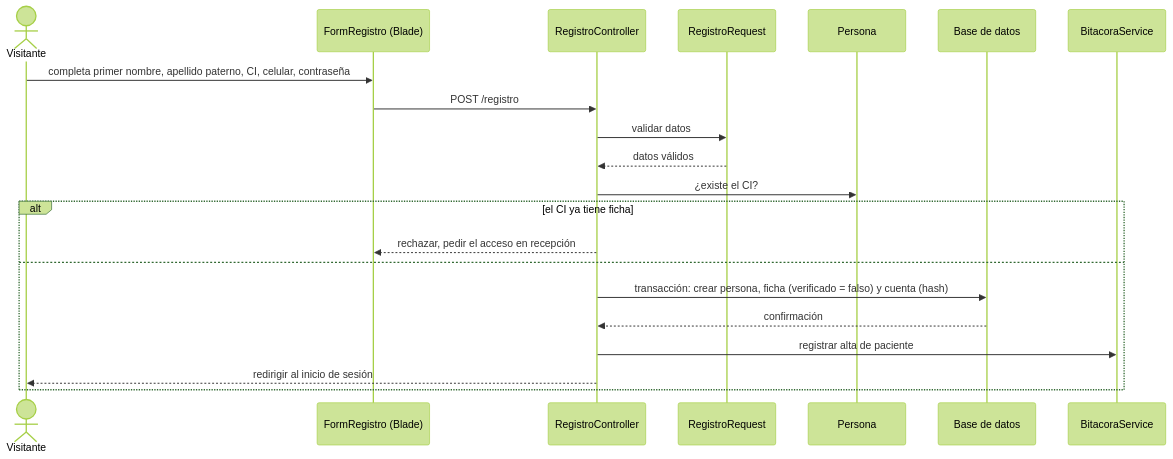
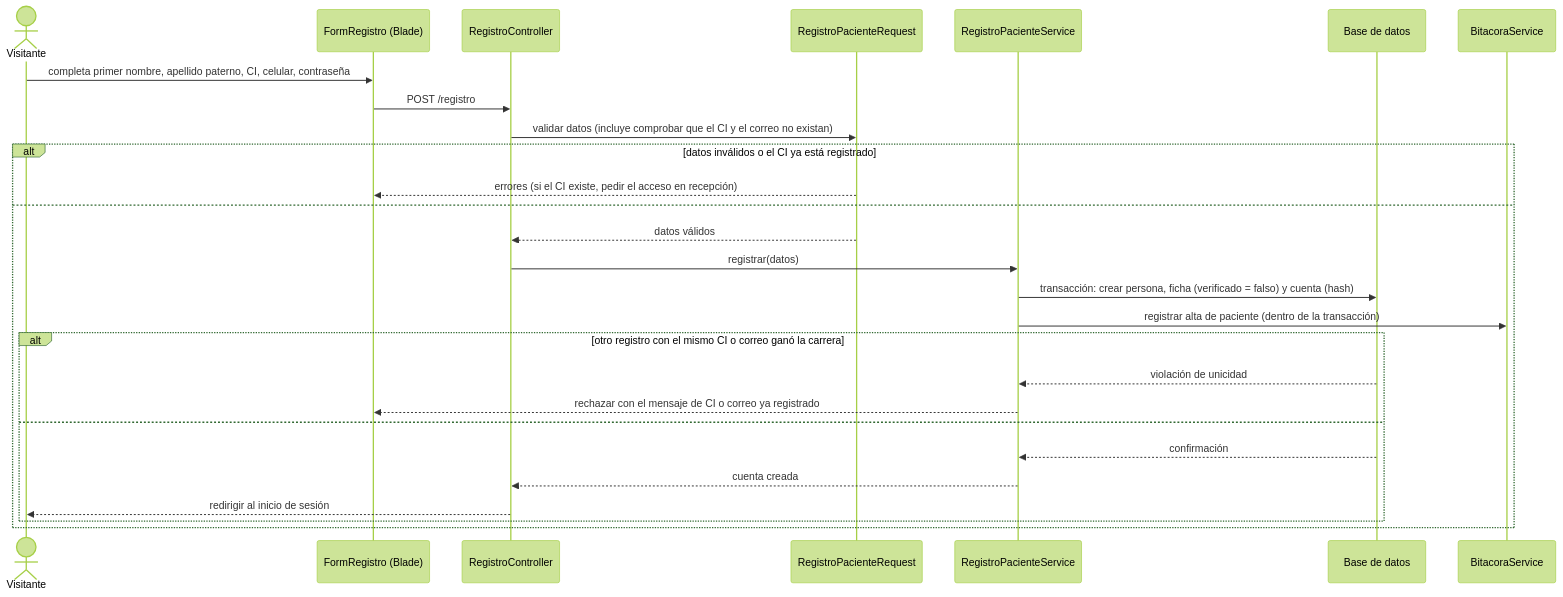
One commit to Einarpd26/2do-examen-ing-requisitos changed diagram 12 of 15 in documento/Informe-Final.md. Above: the diagram before and after it, drawn with Mermaid (forest theme). The commit also changed other lines of this file, not shown here.

````diff
--- a/documento/Informe-Final.md
+++ b/documento/Informe-Final.md
@@ -967,24 +1070,30 @@
 ```mermaid
 sequenceDiagram
     actor V as Visitante
     participant F as FormRegistro (Blade)
     participant C as RegistroController
-    participant R as RegistroRequest
-    participant P as Persona
+    participant R as RegistroPacienteRequest
+    participant S as RegistroPacienteService
     participant D as Base de datos
     participant B as BitacoraService
 
     V->>F: completa primer nombre, apellido paterno, CI, celular, contraseña
     F->>C: POST /registro
-    C->>R: validar datos
-    R-->>C: datos válidos
-    C->>P: ¿existe el CI?
-    alt el CI ya tiene ficha
-        C-->>F: rechazar, pedir el acceso en recepción
+    C->>R: validar datos (incluye comprobar que el CI y el correo no existan)
+    alt datos inválidos o el CI ya está registrado
+        R-->>F: errores (si el CI existe, pedir el acceso en recepción)
     else
-        C->>D: transacción: crear persona, ficha (verificado = falso) y cuenta (hash)
-        D-->>C: confirmación
-        C->>B: registrar alta de paciente
-        C-->>V: redirigir al inicio de sesión
+        R-->>C: datos válidos
+        C->>S: registrar(datos)
+        S->>D: transacción: crear persona, ficha (verificado = falso) y cuenta (hash)
+        S->>B: registrar alta de paciente (dentro de la transacción)
+        alt otro registro con el mismo CI o correo ganó la carrera
+            D-->>S: violación de unicidad
+            S-->>F: rechazar con el mensaje de CI o correo ya registrado
+        else
+            D-->>S: confirmación
+            S-->>C: cuenta creada
+            C-->>V: redirigir al inicio de sesión
+        end
     end
 ```
````
